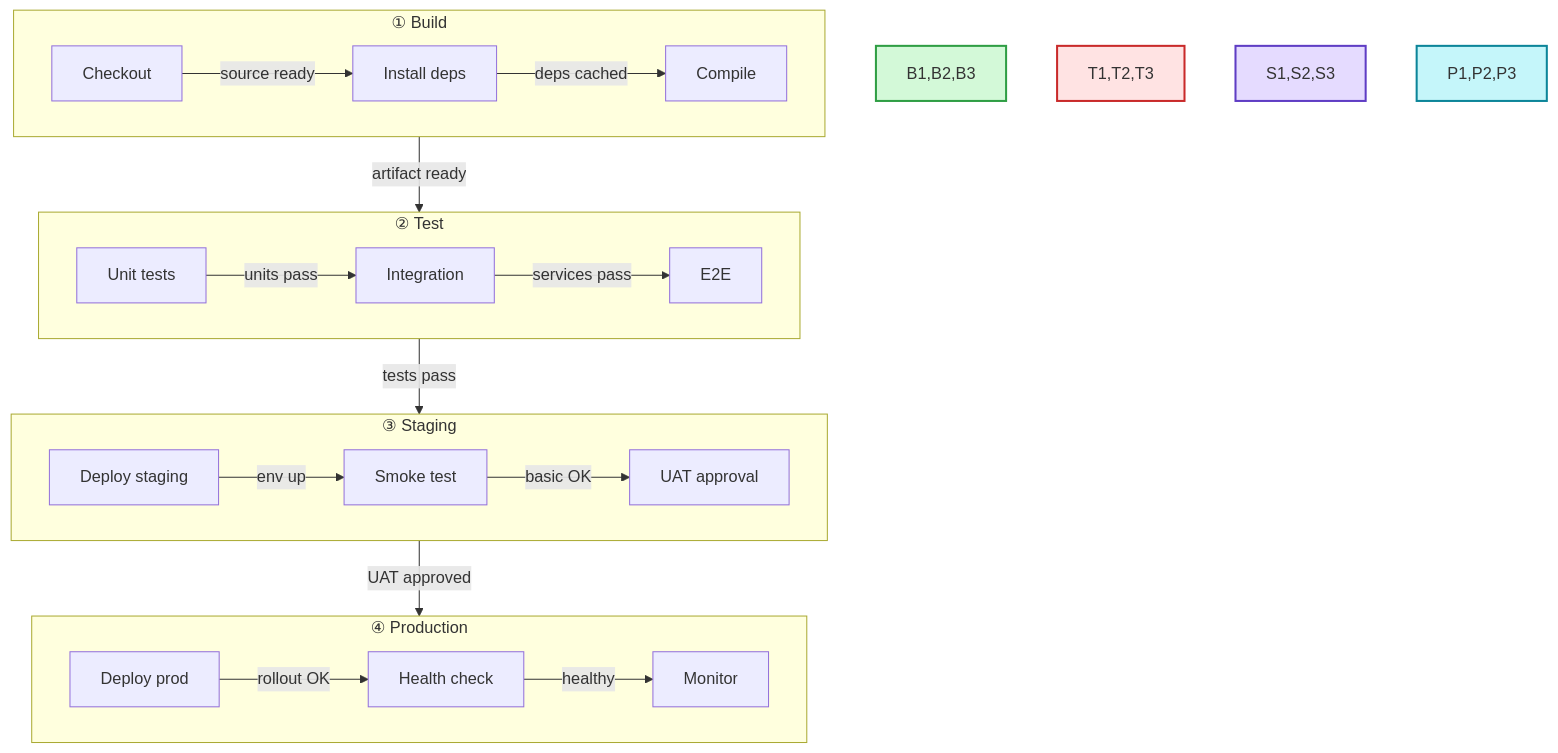
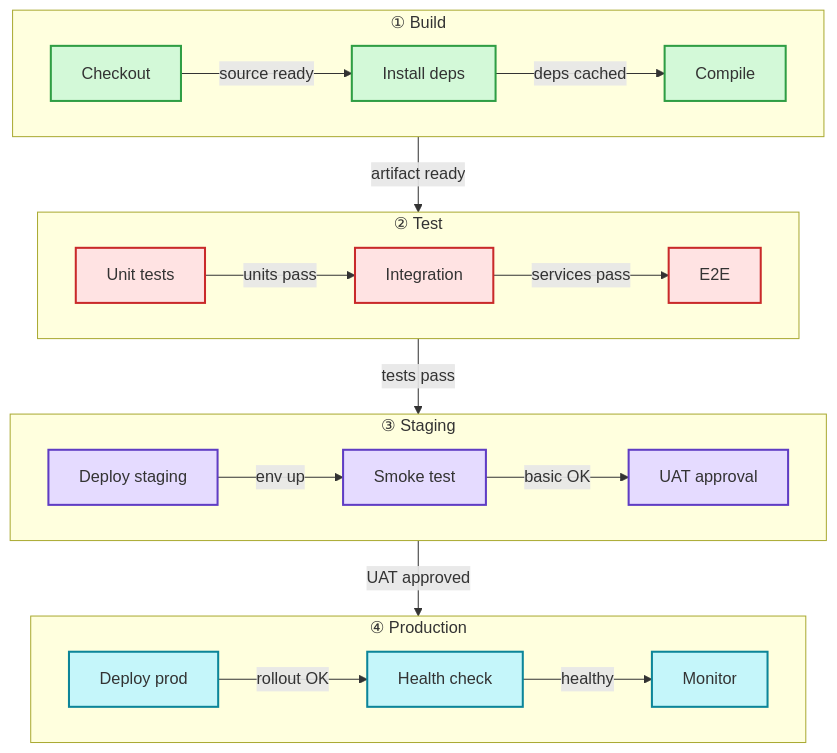
Diagram 15 of 15 in obsidian/skills/obsidian-mermaid-visualizer/flow/flowchart.md (kouko/monkey-skills), drawn with Mermaid before and after one commit. The commit also changed other lines of this file and 1 other file, not shown here.

````diff
--- a/obsidian/skills/obsidian-mermaid-visualizer/flow/flowchart.md
+++ b/obsidian/skills/obsidian-mermaid-visualizer/flow/flowchart.md
@@ -337,35 +341,40 @@
 ```mermaid
 graph TB
     subgraph build["① Build"]
         direction LR
         B1["Checkout"] -->|"source ready"| B2["Install deps"]
         B2 -->|"deps cached"| B3["Compile"]
     end
 
     subgraph test["② Test"]
         direction LR
         T1["Unit tests"] -->|"units pass"| T2["Integration"]
         T2 -->|"services pass"| T3["E2E"]
     end
 
     subgraph staging["③ Staging"]
         direction LR
         S1["Deploy staging"] -->|"env up"| S2["Smoke test"]
         S2 -->|"basic OK"| S3["UAT approval"]
     end
 
     subgraph prod["④ Production"]
         direction LR
         P1["Deploy prod"] -->|"rollout OK"| P2["Health check"]
         P2 -->|"healthy"| P3["Monitor"]
     end
 
     build -->|"artifact ready"| test
     test -->|"tests pass"| staging
     staging -->|"UAT approved"| prod
 
-    style B1,B2,B3 fill:#d3f9d8,stroke:#2f9e44,stroke-width:2px
-    style T1,T2,T3 fill:#ffe3e3,stroke:#c92a2a,stroke-width:2px
-    style S1,S2,S3 fill:#e5dbff,stroke:#5f3dc4,stroke-width:2px
-    style P1,P2,P3 fill:#c5f6fa,stroke:#0c8599,stroke-width:2px
+    classDef greenStage fill:#d3f9d8,stroke:#2f9e44,stroke-width:2px
+    classDef redStage fill:#ffe3e3,stroke:#c92a2a,stroke-width:2px
+    classDef purpleStage fill:#e5dbff,stroke:#5f3dc4,stroke-width:2px
+    classDef cyanStage fill:#c5f6fa,stroke:#0c8599,stroke-width:2px
+
+    class B1,B2,B3 greenStage
+    class T1,T2,T3 redStage
+    class S1,S2,S3 purpleStage
+    class P1,P2,P3 cyanStage
 ```
````
